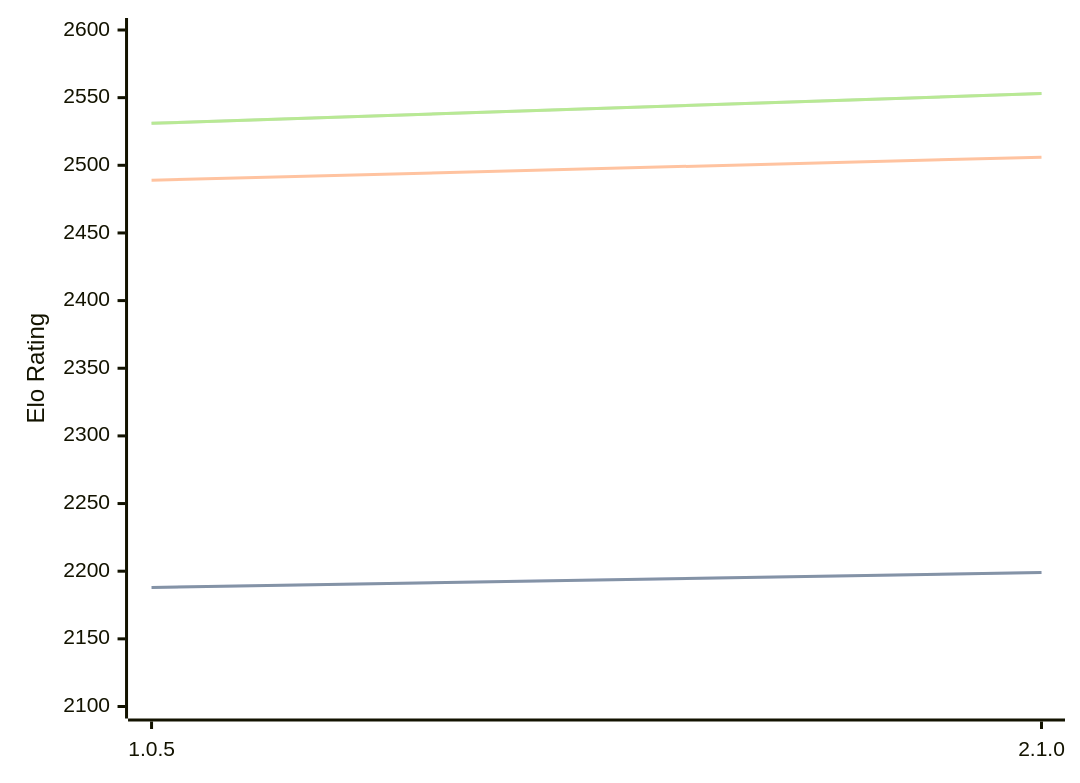
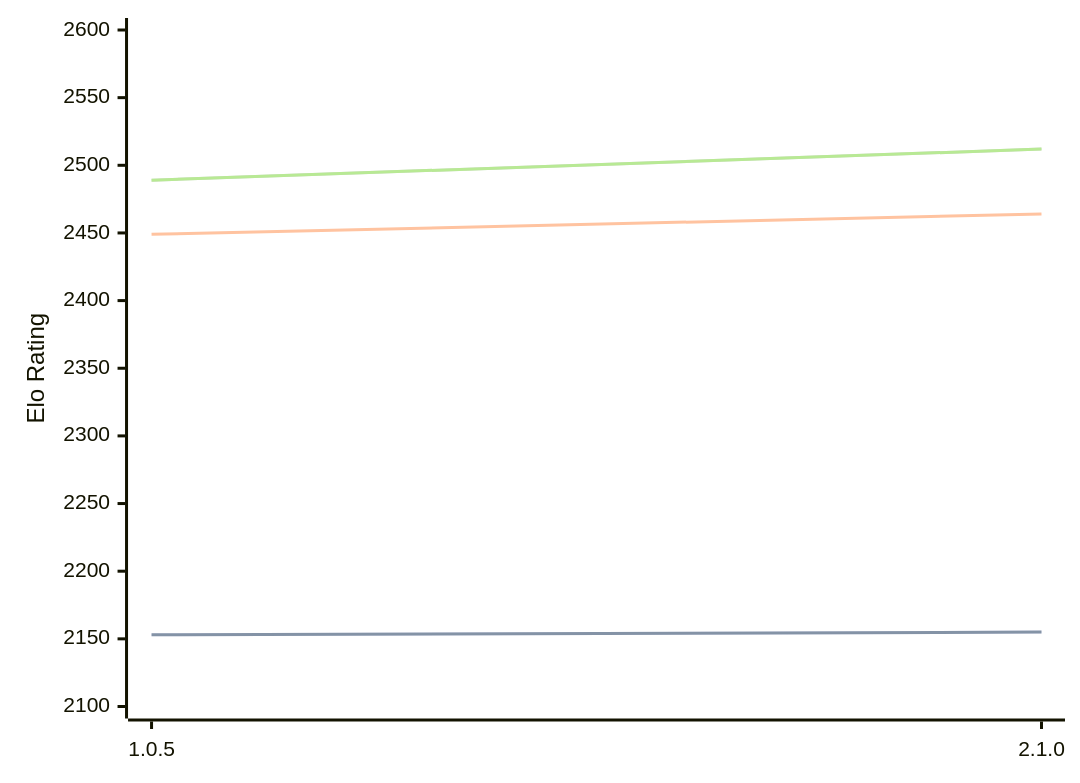
Before and after one commit to computer-chess-index/cci: the diagram in engines/Ruffian.md, drawn with Mermaid. The commit also changed other lines of this file, not shown here.

Commit message:
Update CCI Ratings (ELO VLTC) - 2026-05-19

````diff
--- a/engines/Ruffian.md
+++ b/engines/Ruffian.md
@@ -32,11 +32,11 @@
 ```mermaid
 %%{init: {"theme":"base","themeVariables":{"seriesColors:['#a3a3a3','#222221','#faa371']}}}%%
 xychart-beta
   x-axis ["1.0.5", "2.1.0"]
   y-axis "Elo Rating" 2100 --> 2600
-  line "STC (8.0+0.08s)" [2188, 2199]
-  line "STC (8.0+0.08s)" [2188, 2199]
-  line "LTC (60.0+0.60s)" [2489, 2506]
-  line "VLTC (2m24s+1.12s)" [2531, 2553]
-  line "VLTC (2m24s+1.12s)" [2531, 2553]
+  line "STC (8.0+0.08s)" [2153, 2155]
+  line "STC (8.0+0.08s)" [2153, 2155]
+  line "LTC (60.0+0.60s)" [2449, 2464]
+  line "VLTC (2m24s+1.12s)" [2489, 2512]
+  line "VLTC (2m24s+1.12s)" [2489, 2512]
 ```
````
